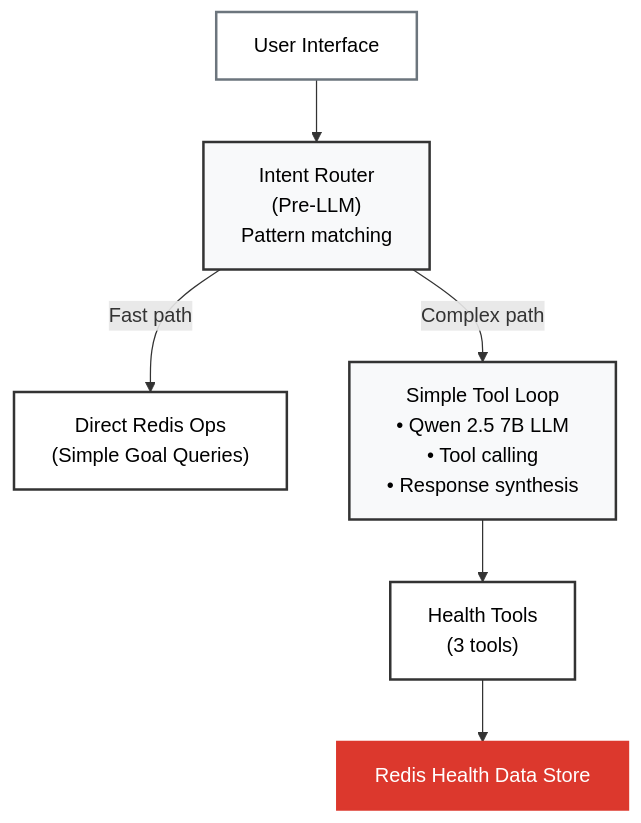
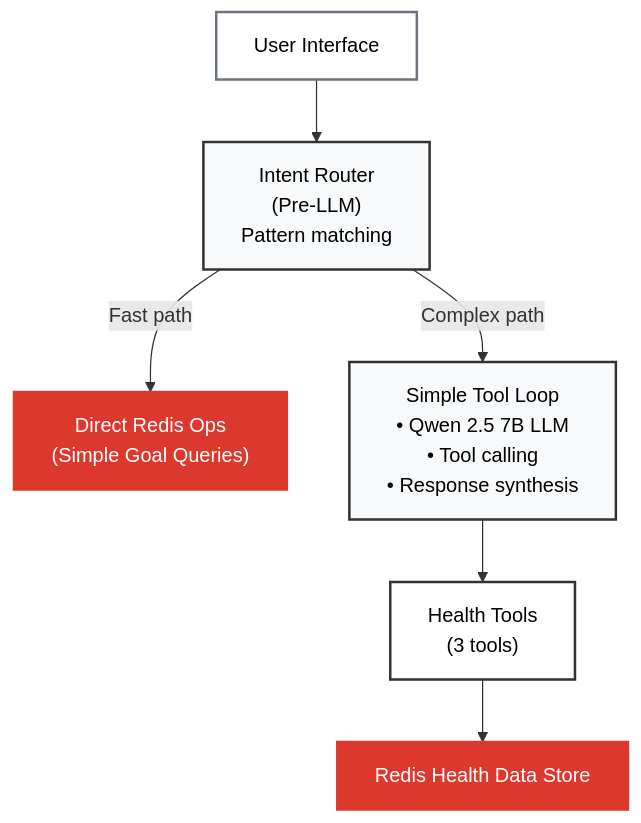
One commit to AllieRays/redis-wellness changed the first of 2 diagrams in docs/STATELESS_AGENT.md. Above: the diagram before and after it, drawn with Mermaid. The commit also changed 1 other file, not shown here.

````diff
--- a/docs/STATELESS_AGENT.md
+++ b/docs/STATELESS_AGENT.md
@@ -73,25 +73,25 @@
 ```mermaid
 flowchart TB
     UI["User Interface"]
     Router["Intent Router<br/>(Pre-LLM)<br/>Pattern matching"]
 
     FastPath["Direct Redis Ops<br/>(Simple Goal Queries)"]
     SimpleLoop["Simple Tool Loop<br/>• Qwen 2.5 7B LLM<br/>• Tool calling<br/>• Response synthesis"]
 
     Tools["Health Tools<br/>(3 tools)"]
     RedisData["Redis Health Data Store"]
 
     UI --> Router
     Router -->|"Fast path"| FastPath
     Router -->|"Complex path"| SimpleLoop
 
     SimpleLoop --> Tools
     Tools --> RedisData
 
     style UI fill:#fff,stroke:#6c757d,stroke-width:2px,color:#000
     style Router fill:#f8f9fa,stroke:#333,stroke-width:2px,color:#000
-    style FastPath fill:#fff,stroke:#333,stroke-width:2px,color:#000
+    style FastPath fill:#dc382d,stroke:#dc382d,stroke-width:2px,color:#fff
     style SimpleLoop fill:#f8f9fa,stroke:#333,stroke-width:2px,color:#000
     style Tools fill:#fff,stroke:#333,stroke-width:2px,color:#000
     style RedisData fill:#dc382d,stroke:#dc382d,stroke-width:2px,color:#fff
 ```
````
